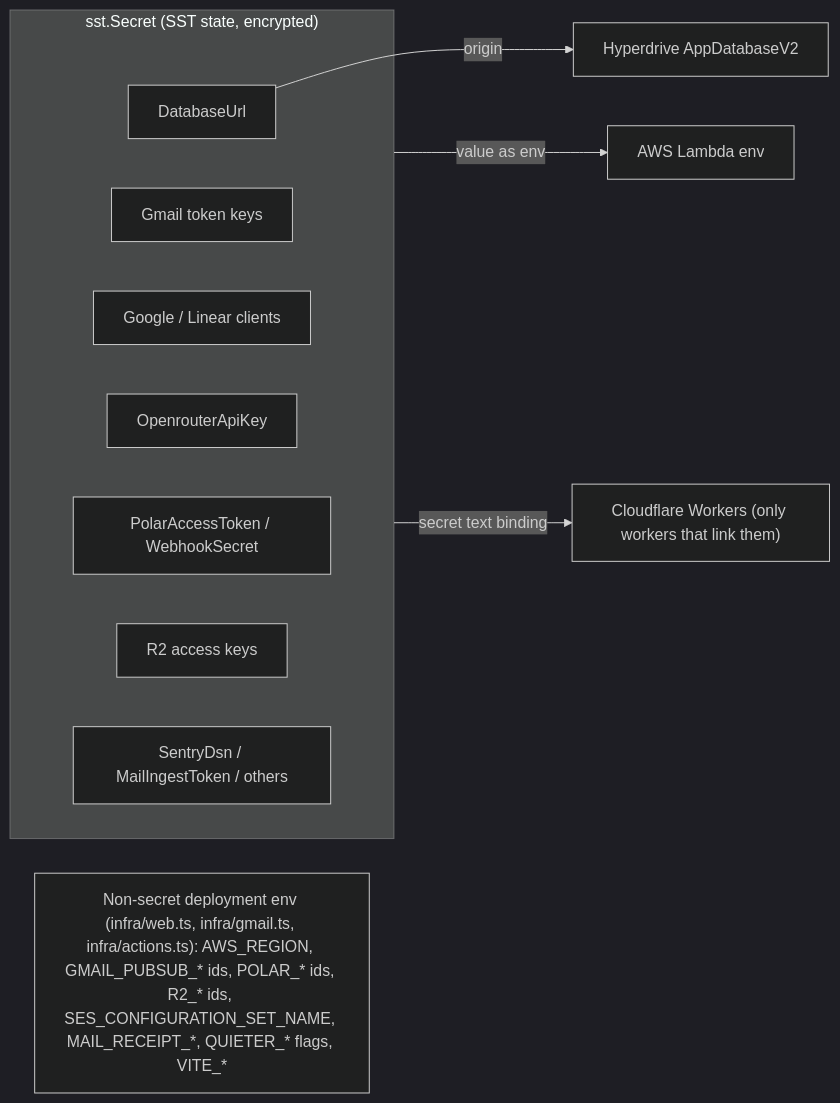
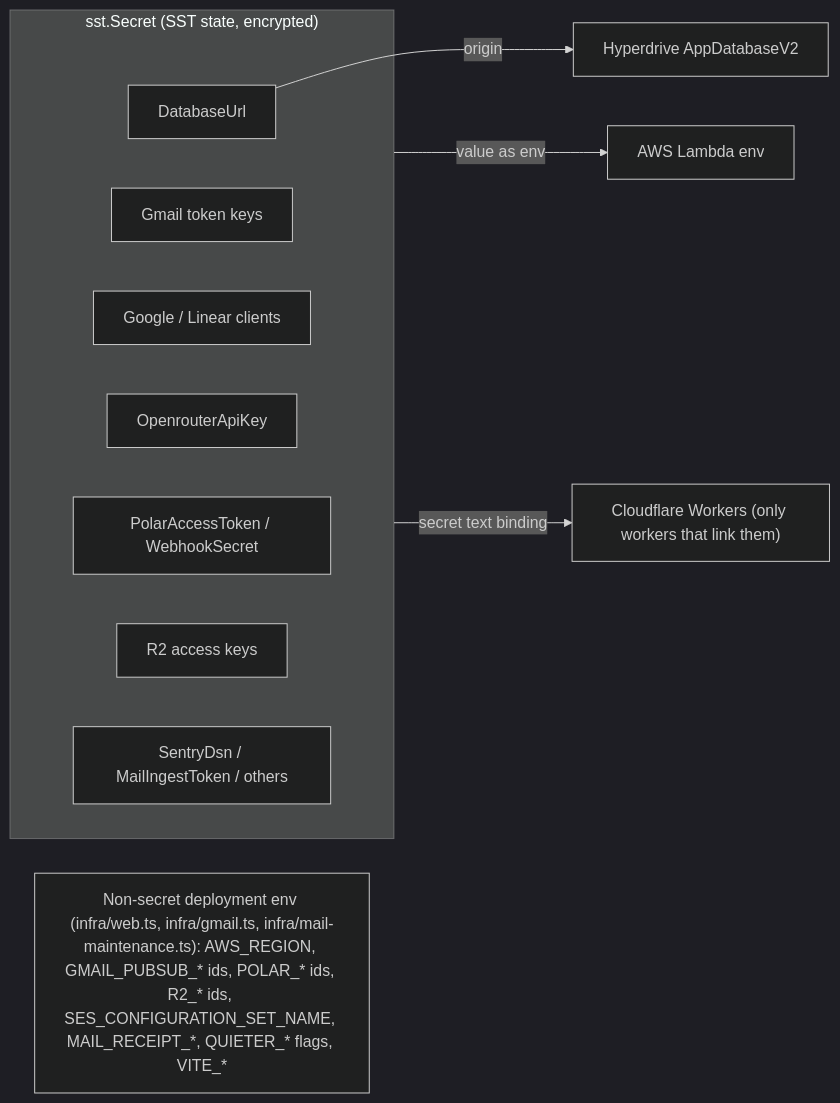
One commit to quieter-email/quieter changed the sixth of 6 diagrams in docs/infrastructure-map.md. Above: the diagram before and after it, drawn with Mermaid (dark theme). The commit also changed other lines of this file and 383 other files, not shown here.

First line of the commit message:
refactor: simplify mail processing and remove custom actions (#280)

````diff
--- a/docs/infrastructure-map.md
+++ b/docs/infrastructure-map.md
@@ -322,17 +277,17 @@
 ```mermaid
 flowchart LR
     subgraph SECRETS["sst.Secret (SST state, encrypted)"]
         S1["DatabaseUrl"]
         S2["Gmail token keys"]
         S3["Google / Linear clients"]
         S4["OpenrouterApiKey"]
         S5["PolarAccessToken / WebhookSecret"]
         S6["R2 access keys"]
         S7["SentryDsn / MailIngestToken / others"]
     end
 
     SECRETS -->|value as env| AWL["AWS Lambda env"]
     SECRETS -->|secret text binding| CFW["Cloudflare Workers (only workers that link them)"]
     S1 -->|origin| HD["Hyperdrive AppDatabaseV2"]
-    ENV["Non-secret deployment env (infra/web.ts, infra/gmail.ts, infra/actions.ts): AWS_REGION, GMAIL_PUBSUB_* ids, POLAR_* ids, R2_* ids, SES_CONFIGURATION_SET_NAME, MAIL_RECEIPT_*, QUIETER_* flags, VITE_*"]
+    ENV["Non-secret deployment env (infra/web.ts, infra/gmail.ts, infra/mail-maintenance.ts): AWS_REGION, GMAIL_PUBSUB_* ids, POLAR_* ids, R2_* ids, SES_CONFIGURATION_SET_NAME, MAIL_RECEIPT_*, QUIETER_* flags, VITE_*"]
 ```
````
